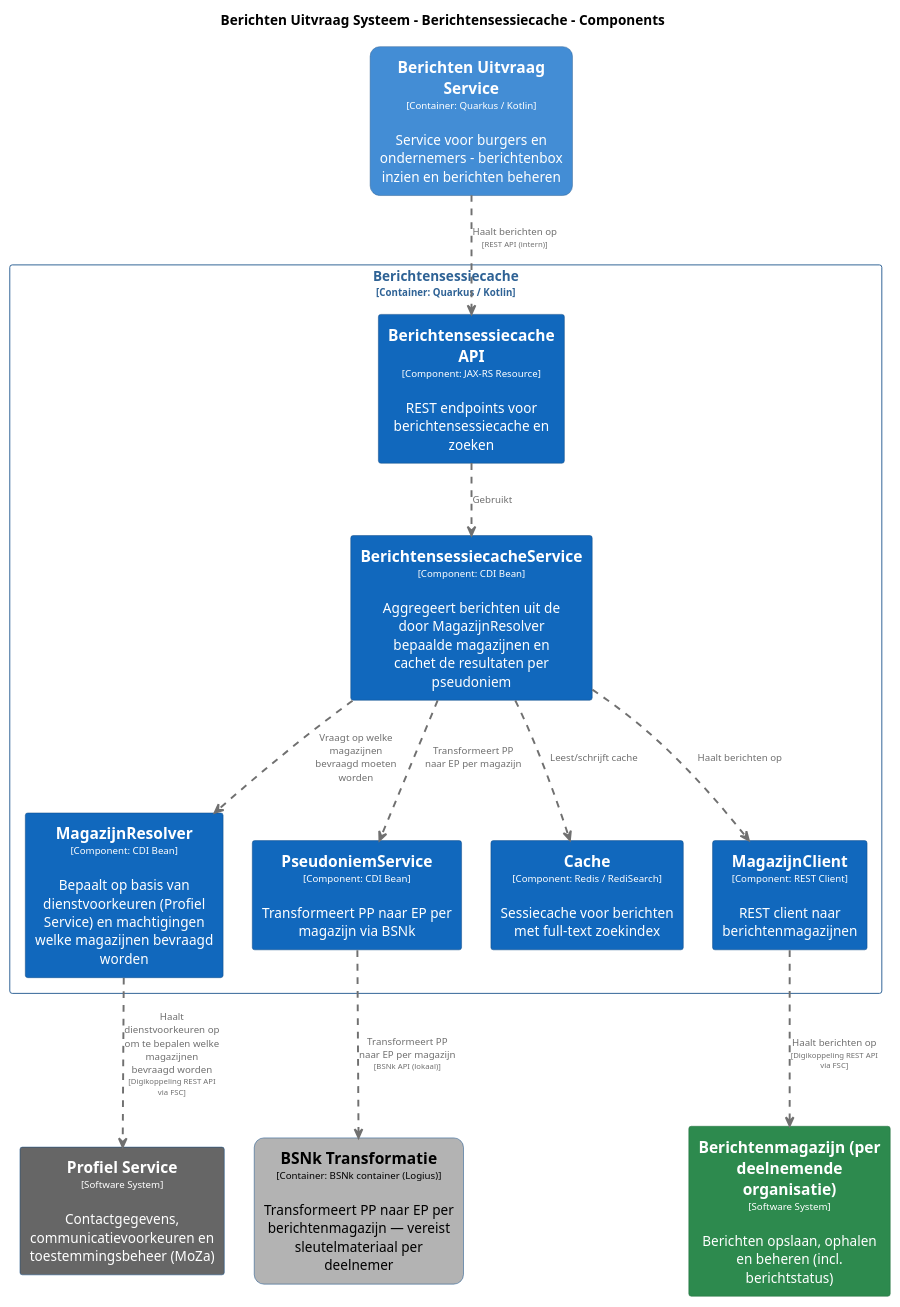
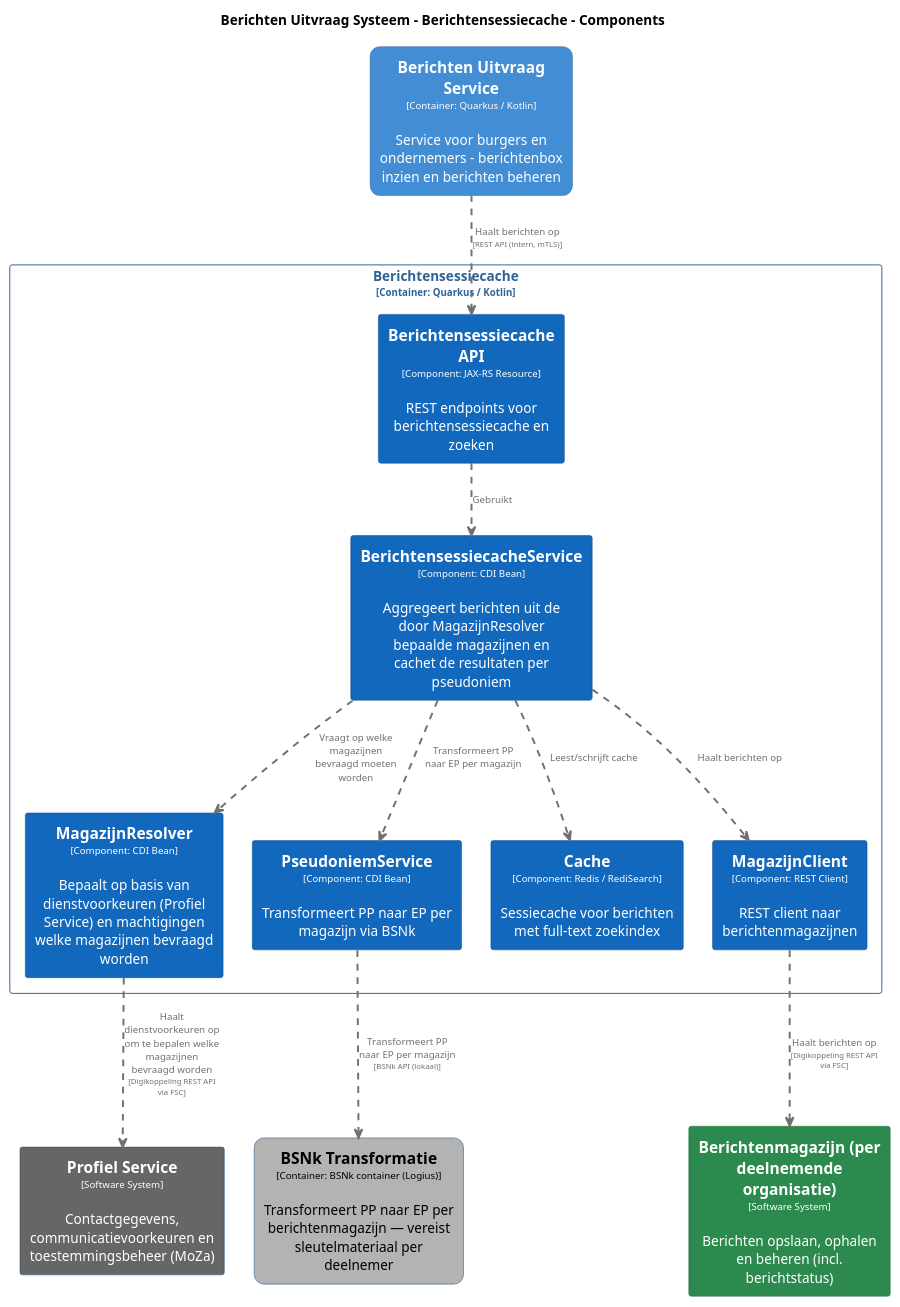
One commit to MinBZK/moza-poc-fbs-berichtenbox changed the diagram in pr-preview/pr-22/master/puml/BerichtensessiecacheComponenten.puml. Above: the diagram before and after it, drawn with PlantUML. The commit also changed 40 other files, not shown here.

```diff
--- a/pr-preview/pr-22/master/puml/BerichtensessiecacheComponenten.puml
+++ b/pr-preview/pr-22/master/puml/BerichtensessiecacheComponenten.puml
@@ -1,109 +1,109 @@
 @startuml
 set separator none
 title Berichten Uitvraag Systeem - Berichtensessiecache - Components
 
 top to bottom direction
 skinparam ranksep 60
 skinparam nodesep 30
 
 skinparam {
   arrowFontSize 10
   defaultTextAlignment center
   wrapWidth 200
   maxMessageSize 100
 }
 
 hide stereotype
 
 skinparam rectangle<<BerichtenUitvraagSysteem.BSNkTransformatie>> {
   BackgroundColor #b3b3b3
   FontColor #000000
   BorderColor #0b4884
   roundCorner 20
   shadowing false
 }
 skinparam rectangle<<BerichtenUitvraagSysteem.BerichtenUitvraagService>> {
   BackgroundColor #438dd5
   FontColor #ffffff
   BorderColor #2e6295
   roundCorner 20
   shadowing false
 }
 skinparam rectangle<<Berichtenmagazijnperdeelnemendeorganisatie>> {
   BackgroundColor #2d8a4e
   FontColor #ffffff
   BorderColor #1e6b38
   shadowing false
 }
 skinparam rectangle<<BerichtenUitvraagSysteem.Berichtensessiecache.BerichtensessiecacheAPI>> {
   BackgroundColor #1168bd
   FontColor #ffffff
   BorderColor #0b4884
   shadowing false
 }
 skinparam rectangle<<BerichtenUitvraagSysteem.Berichtensessiecache.BerichtensessiecacheService>> {
   BackgroundColor #1168bd
   FontColor #ffffff
   BorderColor #0b4884
   shadowing false
 }
 skinparam rectangle<<BerichtenUitvraagSysteem.Berichtensessiecache.Cache>> {
   BackgroundColor #1168bd
   FontColor #ffffff
   BorderColor #0b4884
   shadowing false
 }
 skinparam rectangle<<BerichtenUitvraagSysteem.Berichtensessiecache.MagazijnClient>> {
   BackgroundColor #1168bd
   FontColor #ffffff
   BorderColor #0b4884
   shadowing false
 }
 skinparam rectangle<<BerichtenUitvraagSysteem.Berichtensessiecache.MagazijnResolver>> {
   BackgroundColor #1168bd
   FontColor #ffffff
   BorderColor #0b4884
   shadowing false
 }
 skinparam rectangle<<ProfielService>> {
   BackgroundColor #666666
   FontColor #ffffff
   BorderColor #0b4884
   shadowing false
 }
 skinparam rectangle<<BerichtenUitvraagSysteem.Berichtensessiecache.PseudoniemService>> {
   BackgroundColor #1168bd
   FontColor #ffffff
   BorderColor #0b4884
   shadowing false
 }
 skinparam rectangle<<BerichtenUitvraagSysteem.Berichtensessiecache>> {
   BorderColor #2e6295
   FontColor #2e6295
   shadowing false
 }
 
 rectangle "==Profiel Service\n<size:10>[Software System]</size>\n\nContactgegevens, communicatievoorkeuren en toestemmingsbeheer (MoZa)" <<ProfielService>> as ProfielService
 rectangle "==Berichtenmagazijn (per deelnemende organisatie)\n<size:10>[Software System]</size>\n\nBerichten opslaan, ophalen en beheren (incl. berichtstatus)" <<Berichtenmagazijnperdeelnemendeorganisatie>> as Berichtenmagazijnperdeelnemendeorganisatie
 rectangle "==Berichten Uitvraag Service\n<size:10>[Container: Quarkus / Kotlin]</size>\n\nService voor burgers en ondernemers - berichtenbox inzien en berichten beheren" <<BerichtenUitvraagSysteem.BerichtenUitvraagService>> as BerichtenUitvraagSysteem.BerichtenUitvraagService
 rectangle "==BSNk Transformatie\n<size:10>[Container: BSNk container (Logius)]</size>\n\nTransformeert PP naar EP per berichtenmagazijn — vereist sleutelmateriaal per deelnemer" <<BerichtenUitvraagSysteem.BSNkTransformatie>> as BerichtenUitvraagSysteem.BSNkTransformatie
 
 rectangle "Berichtensessiecache\n<size:10>[Container: Quarkus / Kotlin]</size>" <<BerichtenUitvraagSysteem.Berichtensessiecache>> {
   rectangle "==Berichtensessiecache API\n<size:10>[Component: JAX-RS Resource]</size>\n\nREST endpoints voor berichtensessiecache en zoeken" <<BerichtenUitvraagSysteem.Berichtensessiecache.BerichtensessiecacheAPI>> as BerichtenUitvraagSysteem.Berichtensessiecache.BerichtensessiecacheAPI
   rectangle "==MagazijnResolver\n<size:10>[Component: CDI Bean]</size>\n\nBepaalt op basis van dienstvoorkeuren (Profiel Service) en machtigingen welke magazijnen bevraagd worden" <<BerichtenUitvraagSysteem.Berichtensessiecache.MagazijnResolver>> as BerichtenUitvraagSysteem.Berichtensessiecache.MagazijnResolver
   rectangle "==PseudoniemService\n<size:10>[Component: CDI Bean]</size>\n\nTransformeert PP naar EP per magazijn via BSNk" <<BerichtenUitvraagSysteem.Berichtensessiecache.PseudoniemService>> as BerichtenUitvraagSysteem.Berichtensessiecache.PseudoniemService
   rectangle "==BerichtensessiecacheService\n<size:10>[Component: CDI Bean]</size>\n\nAggregeert berichten uit de door MagazijnResolver bepaalde magazijnen en cachet de resultaten per pseudoniem" <<BerichtenUitvraagSysteem.Berichtensessiecache.BerichtensessiecacheService>> as BerichtenUitvraagSysteem.Berichtensessiecache.BerichtensessiecacheService
   rectangle "==Cache\n<size:10>[Component: Redis / RediSearch]</size>\n\nSessiecache voor berichten met full-text zoekindex" <<BerichtenUitvraagSysteem.Berichtensessiecache.Cache>> as BerichtenUitvraagSysteem.Berichtensessiecache.Cache
   rectangle "==MagazijnClient\n<size:10>[Component: REST Client]</size>\n\nREST client naar berichtenmagazijnen" <<BerichtenUitvraagSysteem.Berichtensessiecache.MagazijnClient>> as BerichtenUitvraagSysteem.Berichtensessiecache.MagazijnClient
 }
 
 BerichtenUitvraagSysteem.Berichtensessiecache.MagazijnResolver .[#707070,thickness=2].> ProfielService : "<color:#707070>Haalt dienstvoorkeuren op om te bepalen welke magazijnen bevraagd worden\n<color:#707070><size:8>[Digikoppeling REST API via FSC]</size>"
 BerichtenUitvraagSysteem.Berichtensessiecache.MagazijnClient .[#707070,thickness=2].> Berichtenmagazijnperdeelnemendeorganisatie : "<color:#707070>Haalt berichten op\n<color:#707070><size:8>[Digikoppeling REST API via FSC]</size>"
 BerichtenUitvraagSysteem.Berichtensessiecache.BerichtensessiecacheAPI .[#707070,thickness=2].> BerichtenUitvraagSysteem.Berichtensessiecache.BerichtensessiecacheService : "<color:#707070>Gebruikt"
 BerichtenUitvraagSysteem.Berichtensessiecache.BerichtensessiecacheService .[#707070,thickness=2].> BerichtenUitvraagSysteem.Berichtensessiecache.MagazijnResolver : "<color:#707070>Vraagt op welke magazijnen bevraagd moeten worden"
 BerichtenUitvraagSysteem.Berichtensessiecache.BerichtensessiecacheService .[#707070,thickness=2].> BerichtenUitvraagSysteem.Berichtensessiecache.PseudoniemService : "<color:#707070>Transformeert PP naar EP per magazijn"
 BerichtenUitvraagSysteem.Berichtensessiecache.BerichtensessiecacheService .[#707070,thickness=2].> BerichtenUitvraagSysteem.Berichtensessiecache.Cache : "<color:#707070>Leest/schrijft cache"
 BerichtenUitvraagSysteem.Berichtensessiecache.BerichtensessiecacheService .[#707070,thickness=2].> BerichtenUitvraagSysteem.Berichtensessiecache.MagazijnClient : "<color:#707070>Haalt berichten op"
 BerichtenUitvraagSysteem.Berichtensessiecache.PseudoniemService .[#707070,thickness=2].> BerichtenUitvraagSysteem.BSNkTransformatie : "<color:#707070>Transformeert PP naar EP per magazijn\n<color:#707070><size:8>[BSNk API (lokaal)]</size>"
-BerichtenUitvraagSysteem.BerichtenUitvraagService .[#707070,thickness=2].> BerichtenUitvraagSysteem.Berichtensessiecache.BerichtensessiecacheAPI : "<color:#707070>Haalt berichten op\n<color:#707070><size:8>[REST API (intern)]</size>"
+BerichtenUitvraagSysteem.BerichtenUitvraagService .[#707070,thickness=2].> BerichtenUitvraagSysteem.Berichtensessiecache.BerichtensessiecacheAPI : "<color:#707070>Haalt berichten op\n<color:#707070><size:8>[REST API (intern, mTLS)]</size>"
 @enduml
```
